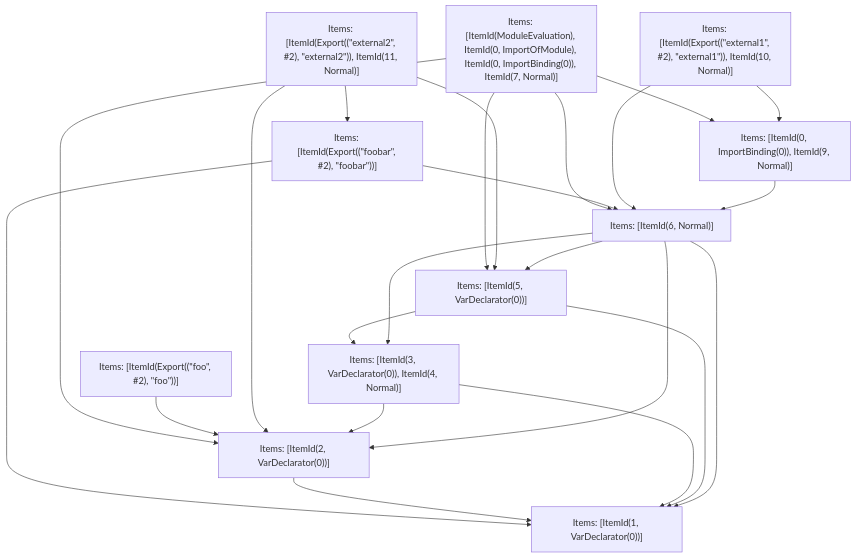
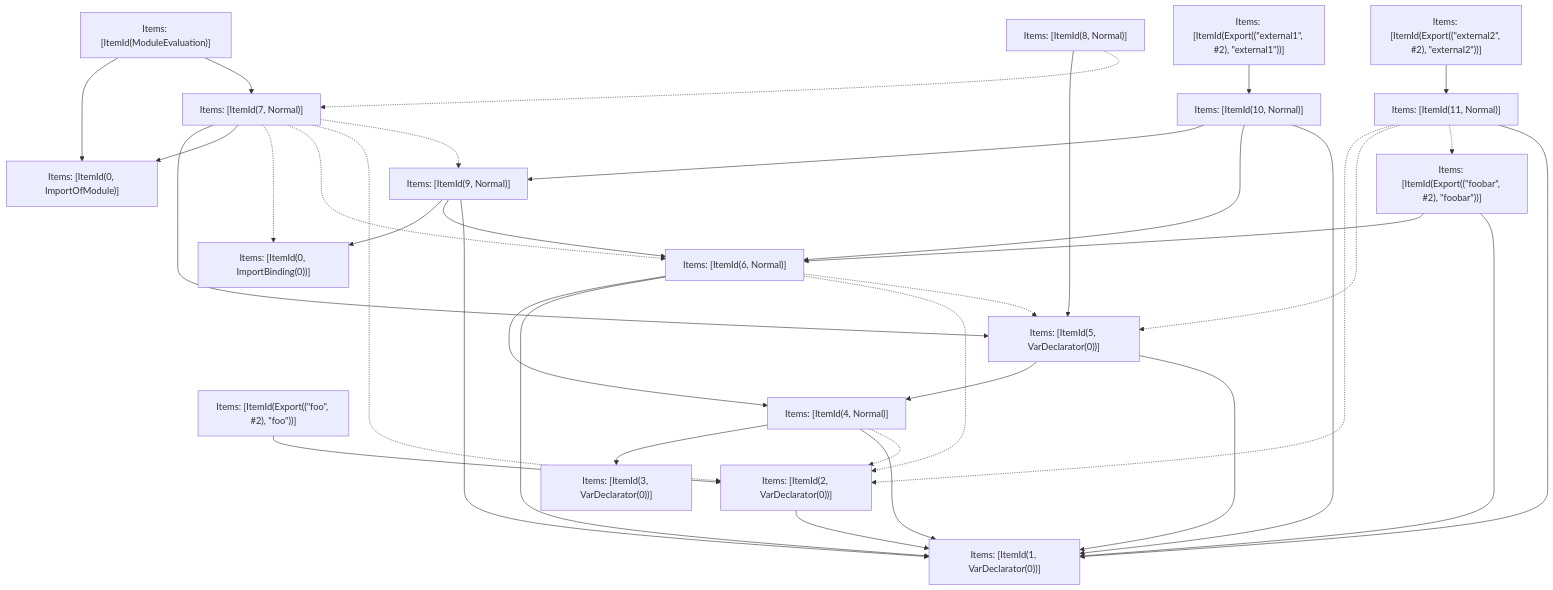
The fifth of 5 diagrams in crates/turbopack-ecmascript/tests/tree-shaker/analyzer/1/output.md (vercel/turborepo), drawn with Mermaid before and after one commit. The commit also changed other lines of this file and 106 other files, not shown here.

````diff
--- a/crates/turbopack-ecmascript/tests/tree-shaker/analyzer/1/output.md
+++ b/crates/turbopack-ecmascript/tests/tree-shaker/analyzer/1/output.md
@@ -343,36 +349,56 @@
 ```mermaid
 graph TD
-    N0["Items: [ItemId(ModuleEvaluation), ItemId(0, ImportOfModule), ItemId(0, ImportBinding(0)), ItemId(7, Normal)]"];
-    N1["Items: [ItemId(Export((&quot;foobar&quot;, #2), &quot;foobar&quot;))]"];
-    N2["Items: [ItemId(Export((&quot;foo&quot;, #2), &quot;foo&quot;))]"];
-    N3["Items: [ItemId(Export((&quot;external1&quot;, #2), &quot;external1&quot;)), ItemId(10, Normal)]"];
-    N4["Items: [ItemId(Export((&quot;external2&quot;, #2), &quot;external2&quot;)), ItemId(11, Normal)]"];
-    N5["Items: [ItemId(1, VarDeclarator(0))]"];
-    N6["Items: [ItemId(2, VarDeclarator(0))]"];
-    N7["Items: [ItemId(3, VarDeclarator(0)), ItemId(4, Normal)]"];
-    N8["Items: [ItemId(5, VarDeclarator(0))]"];
-    N9["Items: [ItemId(6, Normal)]"];
-    N10["Items: [ItemId(0, ImportBinding(0)), ItemId(9, Normal)]"];
-    N0 --> N8;
-    N0 --> N10;
-    N0 --> N9;
-    N0 --> N6;
-    N1 --> N9;
-    N1 --> N5;
-    N2 --> N6;
-    N3 --> N10;
-    N3 --> N9;
-    N4 --> N6;
-    N4 --> N8;
-    N4 --> N1;
-    N6 --> N5;
-    N7 --> N5;
+    N0["Items: [ItemId(0, ImportBinding(0))]"];
+    N1["Items: [ItemId(0, ImportOfModule)]"];
+    N2["Items: [ItemId(3, VarDeclarator(0))]"];
+    N3["Items: [ItemId(1, VarDeclarator(0))]"];
+    N4["Items: [ItemId(2, VarDeclarator(0))]"];
+    N5["Items: [ItemId(Export((&quot;foo&quot;, #2), &quot;foo&quot;))]"];
+    N6["Items: [ItemId(4, Normal)]"];
+    N7["Items: [ItemId(5, VarDeclarator(0))]"];
+    N8["Items: [ItemId(6, Normal)]"];
+    N9["Items: [ItemId(9, Normal)]"];
+    N10["Items: [ItemId(10, Normal)]"];
+    N11["Items: [ItemId(Export((&quot;external1&quot;, #2), &quot;external1&quot;))]"];
+    N12["Items: [ItemId(Export((&quot;foobar&quot;, #2), &quot;foobar&quot;))]"];
+    N13["Items: [ItemId(11, Normal)]"];
+    N14["Items: [ItemId(Export((&quot;external2&quot;, #2), &quot;external2&quot;))]"];
+    N15["Items: [ItemId(7, Normal)]"];
+    N16["Items: [ItemId(ModuleEvaluation)]"];
+    N17["Items: [ItemId(8, Normal)]"];
+    N4 --> N3;
+    N6 --> N2;
+    N6 --> N3;
+    N6 -.-> N4;
     N7 --> N6;
-    N8 --> N7;
-    N8 --> N5;
-    N9 --> N7;
-    N9 --> N5;
-    N9 --> N6;
+    N7 --> N3;
+    N8 --> N6;
+    N8 --> N3;
+    N8 -.-> N4;
+    N8 -.-> N7;
+    N15 --> N7;
+    N15 --> N1;
+    N15 -.-> N0;
+    N15 -.-> N8;
+    N15 -.-> N4;
+    N15 -.-> N9;
+    N17 --> N7;
+    N17 -.-> N15;
+    N12 --> N8;
+    N12 --> N3;
+    N5 --> N4;
+    N11 --> N10;
+    N14 --> N13;
+    N9 --> N0;
     N9 --> N8;
+    N9 --> N3;
     N10 --> N9;
+    N10 --> N8;
+    N10 --> N3;
+    N13 -.-> N4;
+    N13 -.-> N7;
+    N13 -.-> N12;
+    N13 --> N3;
+    N16 --> N1;
+    N16 --> N15;
 ```
````
